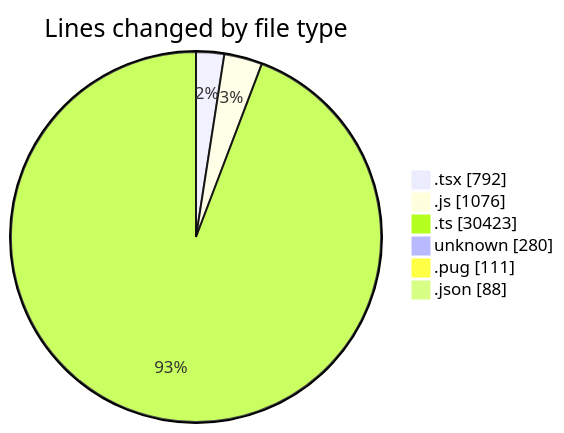
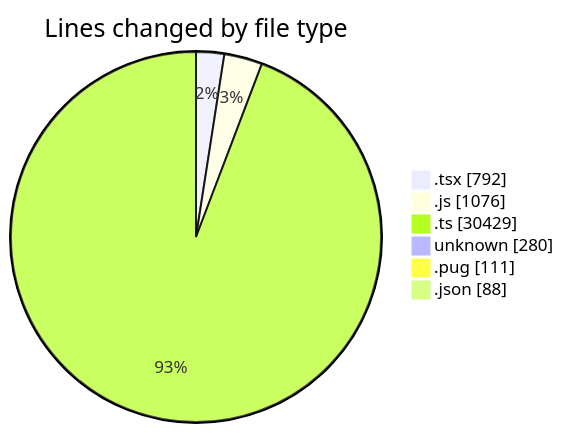
The first of 2 diagrams in 2026-06-03/cda/README.md (momahboobian/code-tracking), drawn with Mermaid before and after one commit. The commit also changed other lines of this file and 1 other file, not shown here.

````diff
--- a/2026-06-03/cda/README.md
+++ b/2026-06-03/cda/README.md
@@ -46,10 +46,10 @@
 ```mermaid
 pie showData
 title Lines changed by file type
 ".tsx" : 792
 ".js" : 1076
-".ts" : 30423
+".ts" : 30429
 "unknown" : 280
 ".pug" : 111
 ".json" : 88
 ```
````
